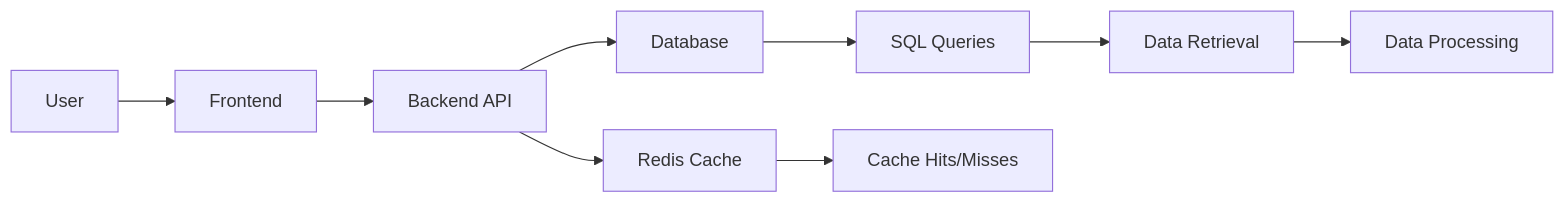
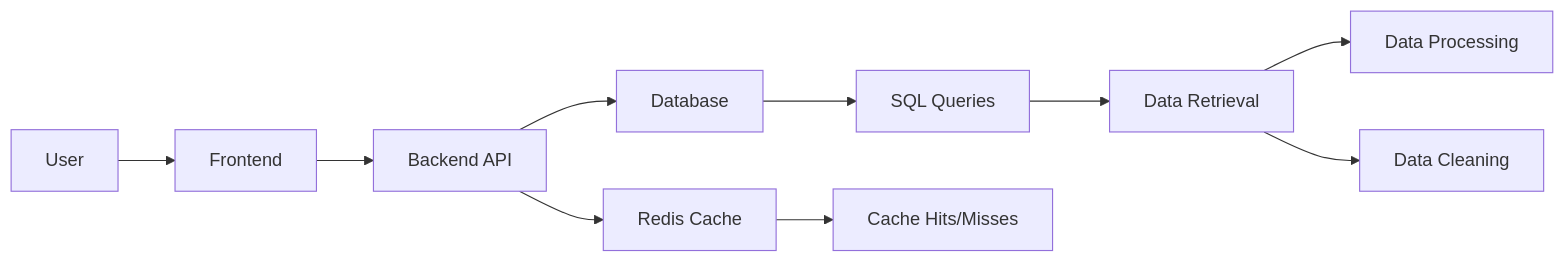
Before and after one commit to akshatha1710/github-mermaid-demo: the diagram in docs/system-architecture.mmd, drawn with Mermaid.

Commit message:
Add data cleaning step to system architecture

```diff
--- a/docs/system-architecture.mmd
+++ b/docs/system-architecture.mmd
@@ -1,9 +1,10 @@
 flowchart LR
     A[User] --> B[Frontend]
     B --> C[Backend API]
     C --> E[Redis Cache]
     C --> D[Database]
     D --> F[SQL Queries]
     E --> G[Cache Hits/Misses]
     F --> H[Data Retrieval]
     H --> I[Data Processing]
+    H --> J[Data Cleaning] 
```
